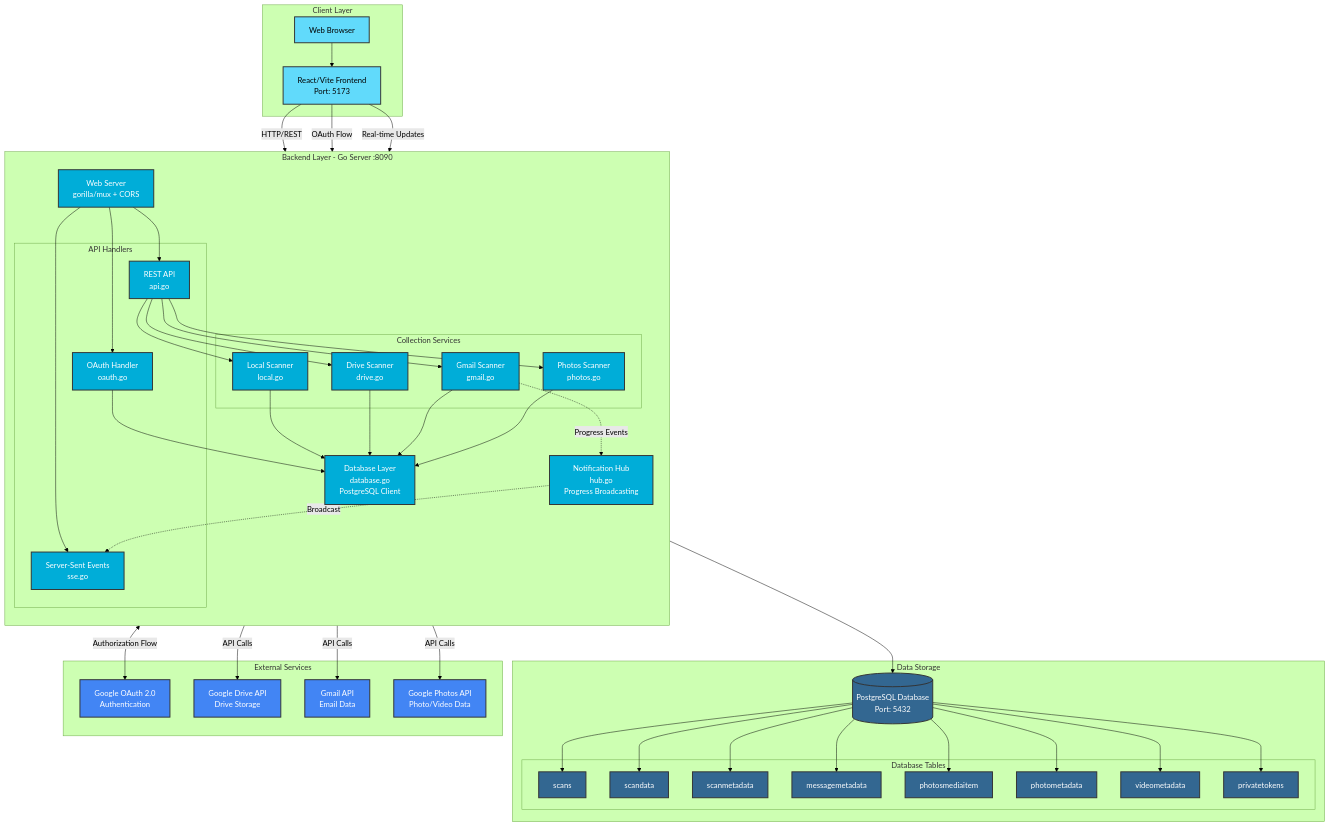
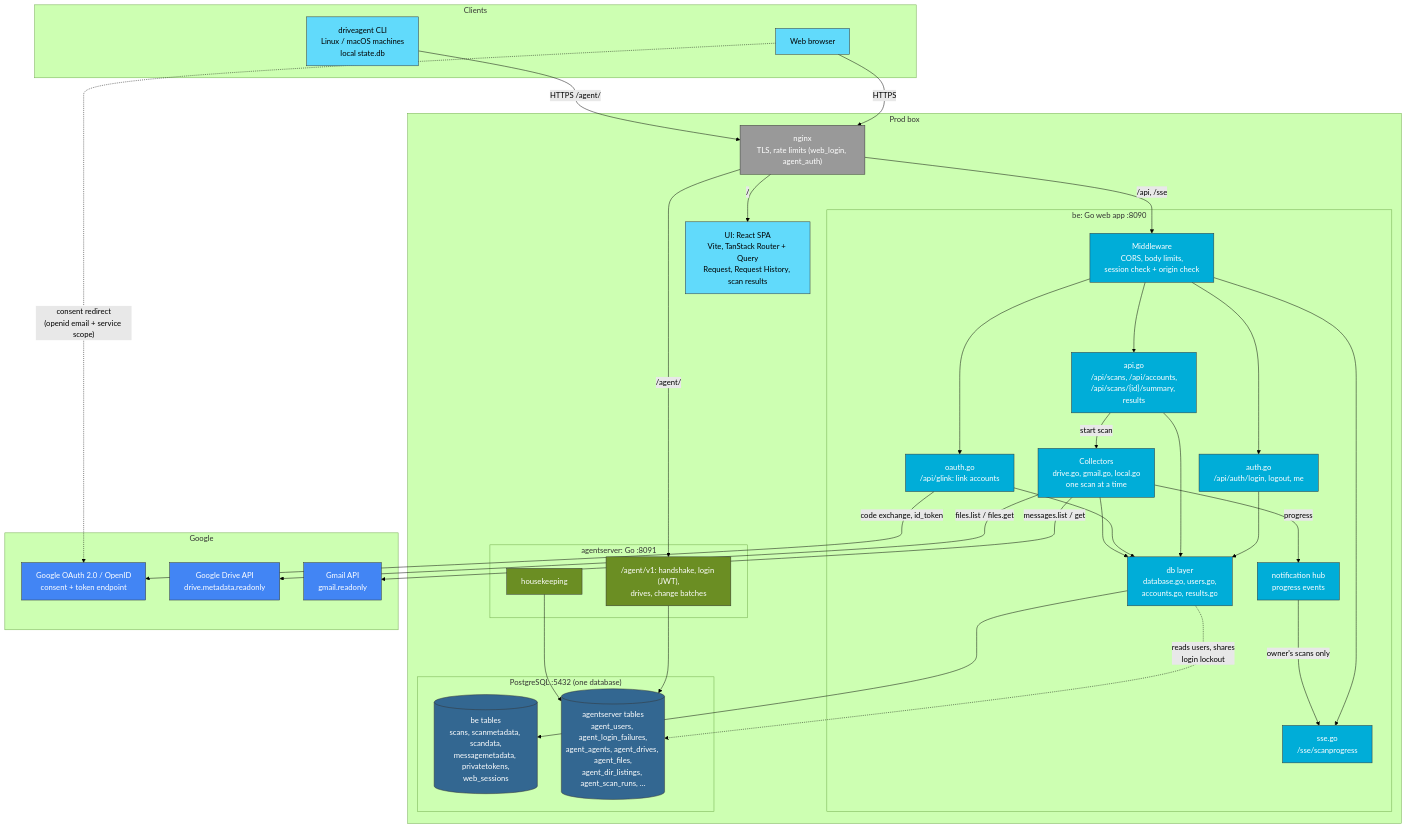
One commit to jyothri/bhandaar changed the first of 5 diagrams in docs/architecture.md. Above: the diagram before and after it, drawn with Mermaid (forest theme). The commit also changed other lines of this file, not shown here.

First line of the commit message:
docs: redraw the architecture diagrams as built (#34)

````diff
--- a/docs/architecture.md
+++ b/docs/architecture.md
@@ -9,104 +11,81 @@
 ```mermaid
 graph TB
-    subgraph "Client Layer"
-        UI[React/Vite Frontend<br/>Port: 5173]
-        Browser[Web Browser]
+    subgraph Clients
+        Browser["Web browser"]
+        Agent["driveagent CLI<br/>Linux / macOS machines<br/>local state.db"]
     end
 
-    subgraph "Backend Layer - Go Server :8090"
-        direction TB
-        WebServer[Web Server<br/>gorilla/mux + CORS]
-        
-        subgraph "API Handlers"
-            API[REST API<br/>api.go]
-            OAuth[OAuth Handler<br/>oauth.go]
-            SSE[Server-Sent Events<br/>sse.go]
+    subgraph "Prod box"
+        Nginx["nginx<br/>TLS, rate limits (web_login, agent_auth)"]
+        UI["UI: React SPA<br/>Vite, TanStack Router + Query<br/>Request, Request History, scan results"]
+
+        subgraph BE["be: Go web app :8090"]
+            MW["Middleware<br/>CORS, body limits,<br/>session check + origin check"]
+            AuthH["auth.go<br/>/api/auth/login, logout, me"]
+            ApiH["api.go<br/>/api/scans, /api/accounts,<br/>/api/scans/{id}/summary, results"]
+            OAuthH["oauth.go<br/>/api/glink: link accounts"]
+            SseH["sse.go<br/>/sse/scanprogress"]
+            Collect["Collectors<br/>drive.go, gmail.go, local.go<br/>one scan at a time"]
+            Hub["notification hub<br/>progress events"]
+            DBL["db layer<br/>database.go, users.go,<br/>accounts.go, results.go"]
         end
-        
-        subgraph "Collection Services"
-            LocalCollect[Local Scanner<br/>local.go]
-            DriveCollect[Drive Scanner<br/>drive.go]
-            GmailCollect[Gmail Scanner<br/>gmail.go]
-            PhotosCollect[Photos Scanner<br/>photos.go]
+
+        subgraph AS["agentserver: Go :8091"]
+            AgentAPI["/agent/v1: handshake, login (JWT),<br/>drives, change batches"]
+            House["housekeeping"]
         end
-        
-        NotifHub[Notification Hub<br/>hub.go<br/>Progress Broadcasting]
-        
-        DB[Database Layer<br/>database.go<br/>PostgreSQL Client]
-    end
 
-    subgraph "Data Storage"
-        PostgreSQL[(PostgreSQL Database<br/>Port: 5432)]
-        
-        subgraph "Database Tables"
-            Scans[scans]
-            ScanData[scandata]
-            ScanMetadata[scanmetadata]
-            MessageMeta[messagemetadata]
-            PhotosMedia[photosmediaitem]
-            PhotoMeta[photometadata]
-            VideoMeta[videometadata]
-            Tokens[privatetokens]
+        subgraph PG["PostgreSQL :5432 (one database)"]
+            BeTables[("be tables<br/>scans, scanmetadata, scandata,<br/>messagemetadata, privatetokens,<br/>web_sessions")]
+            AgentTables[("agentserver tables<br/>agent_users, agent_login_failures,<br/>agent_agents, agent_drives, agent_files,<br/>agent_dir_listings, agent_scan_runs, …")]
         end
     end
 
-    subgraph "External Services"
-        GoogleOAuth[Google OAuth 2.0<br/>Authentication]
-        GoogleDrive[Google Drive API<br/>Drive Storage]
-        GmailAPI[Gmail API<br/>Email Data]
-        PhotosAPI[Google Photos API<br/>Photo/Video Data]
+    subgraph Google
+        GAuth["Google OAuth 2.0 / OpenID<br/>consent + token endpoint"]
+        GDrive["Google Drive API<br/>drive.metadata.readonly"]
+        GMail["Gmail API<br/>gmail.readonly"]
     end
 
-    %% Client to Backend connections
-    Browser --> UI
-    UI -->|HTTP/REST| API
-    UI -->|OAuth Flow| OAuth
-    UI -->|Real-time Updates| SSE
+    Browser -->|HTTPS| Nginx
+    Agent -->|"HTTPS /agent/"| Nginx
+    Nginx -->|"/"| UI
+    Nginx -->|"/api, /sse"| MW
+    Nginx -->|"/agent/"| AgentAPI
+    Browser -.->|"consent redirect<br/>(openid email + service scope)"| GAuth
 
-    %% Backend internal connections
-    WebServer --> API
-    WebServer --> OAuth
-    WebServer --> SSE
-    
-    API --> LocalCollect
-    API --> DriveCollect
-    API --> GmailCollect
-    API --> PhotosCollect
-    
-    GmailCollect -.->|Progress Events| NotifHub
-    NotifHub -.->|Broadcast| SSE
-    
-    %% Data storage connections
-    LocalCollect --> DB
-    DriveCollect --> DB
-    GmailCollect --> DB
-    PhotosCollect --> DB
-    OAuth --> DB
-    
-    DB --> PostgreSQL
-    PostgreSQL --> Scans
-    PostgreSQL --> ScanData
-    PostgreSQL --> ScanMetadata
-    PostgreSQL --> MessageMeta
-    PostgreSQL --> PhotosMedia
-    PostgreSQL --> PhotoMeta
-    PostgreSQL --> VideoMeta
-    PostgreSQL --> Tokens
+    MW --> AuthH
+    MW --> ApiH
+    MW --> OAuthH
+    MW --> SseH
+    ApiH -->|start scan| Collect
+    Collect -->|progress| Hub
+    Hub -->|"owner's scans only"| SseH
 
-    %% External service connections
-    OAuth <-->|Authorization Flow| GoogleOAuth
-    DriveCollect -->|API Calls| GoogleDrive
-    GmailCollect -->|API Calls| GmailAPI
-    PhotosCollect -->|API Calls| PhotosAPI
+    AuthH --> DBL
+    ApiH --> DBL
+    OAuthH --> DBL
+    Collect --> DBL
+    DBL --> BeTables
+    DBL -.->|"reads users, shares<br/>login lockout"| AgentTables
+    AgentAPI --> AgentTables
+    House --> AgentTables
 
-    %% Styling
-    classDef frontend fill:#61dafb,stroke:#333,stroke-width:2px,color:#000
-    classDef backend fill:#00add8,stroke:#333,stroke-width:2px,color:#fff
-    classDef database fill:#336791,stroke:#333,stroke-width:2px,color:#fff
-    classDef external fill:#4285f4,stroke:#333,stroke-width:2px,color:#fff
-    
-    class UI,Browser frontend
-    class WebServer,API,OAuth,SSE,LocalCollect,DriveCollect,GmailCollect,PhotosCollect,NotifHub,DB backend
-    class PostgreSQL,Scans,ScanData,ScanMetadata,MessageMeta,PhotosMedia,PhotoMeta,VideoMeta,Tokens database
-    class GoogleOAuth,GoogleDrive,GmailAPI,PhotosAPI external
+    OAuthH -->|"code exchange, id_token"| GAuth
+    Collect -->|"files.list / files.get"| GDrive
+    Collect -->|"messages.list / get"| GMail
+
+    classDef client fill:#61dafb,stroke:#333,color:#000
+    classDef edge fill:#999,stroke:#333,color:#fff
+    classDef backend fill:#00add8,stroke:#333,color:#fff
+    classDef agentsrv fill:#6b8e23,stroke:#333,color:#fff
+    classDef database fill:#336791,stroke:#333,color:#fff
+    classDef external fill:#4285f4,stroke:#333,color:#fff
+
+    class Browser,Agent,UI client
+    class Nginx edge
+    class MW,AuthH,ApiH,OAuthH,SseH,Collect,Hub,DBL backend
+    class AgentAPI,House agentsrv
+    class BeTables,AgentTables database
+    class GAuth,GDrive,GMail external
 ```
````
